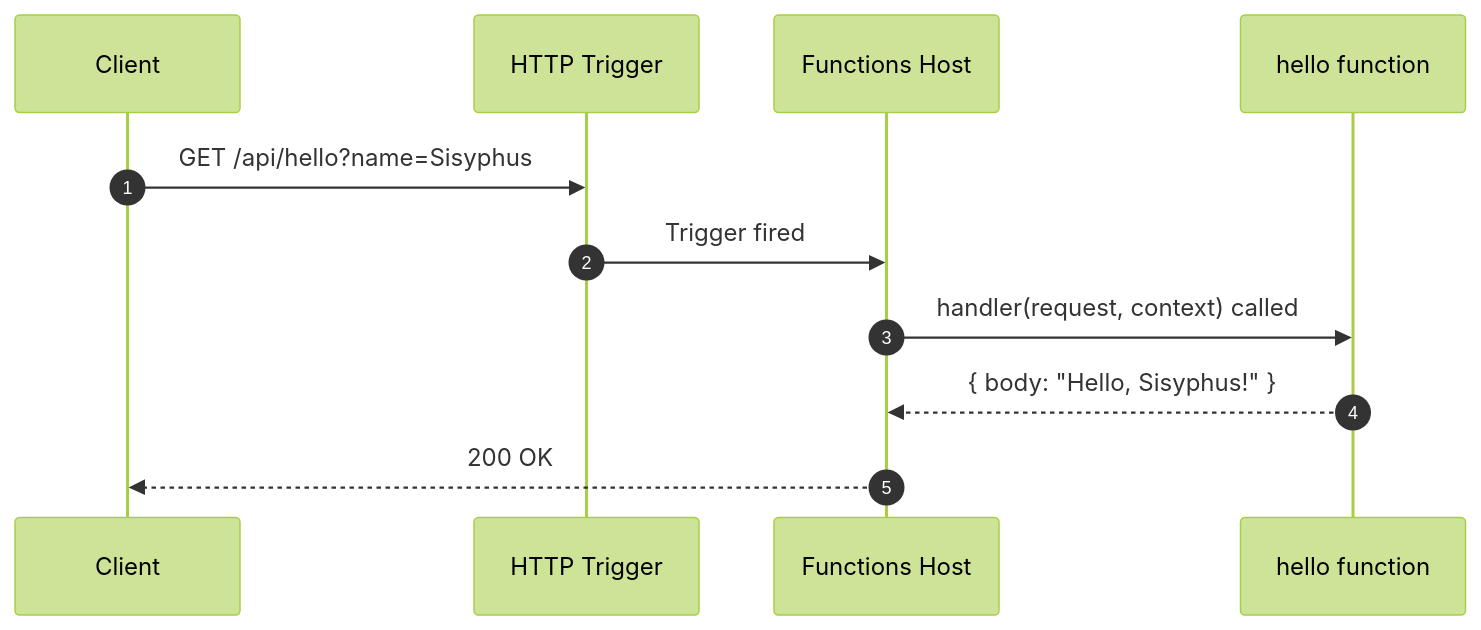
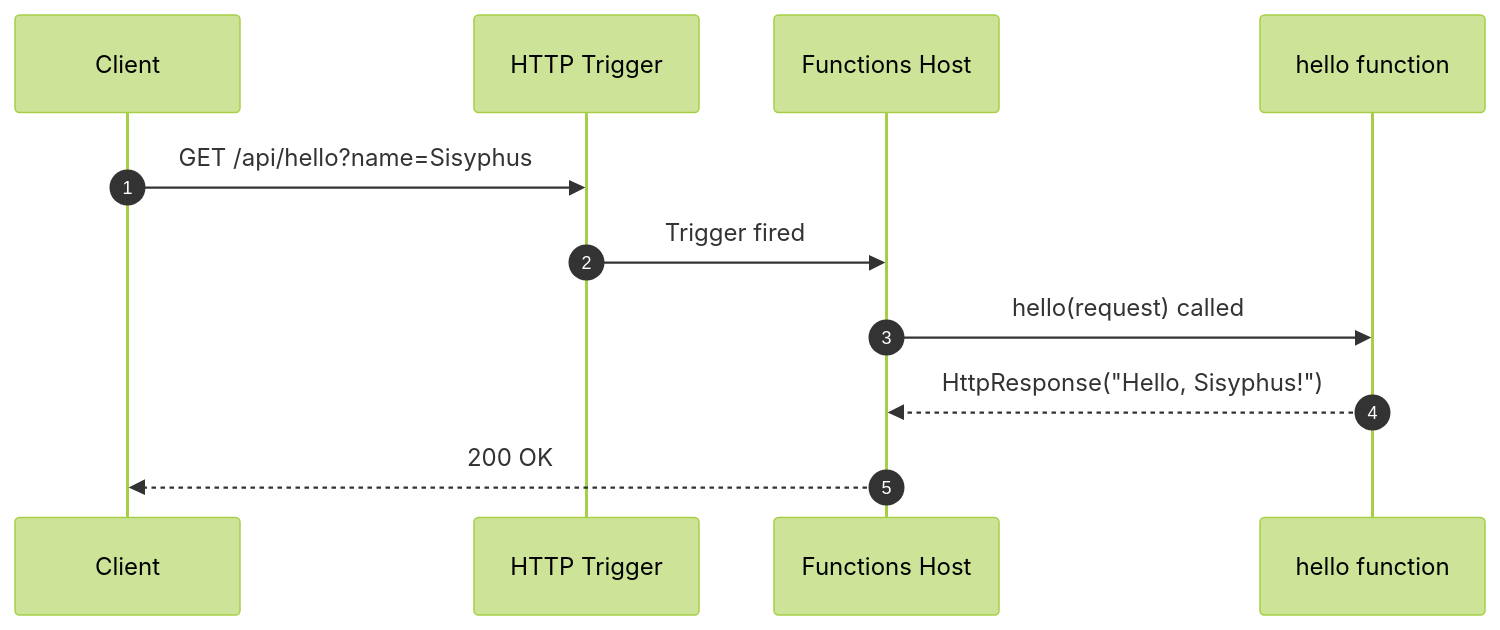
Before and after one commit to yeongseon-books/book-content: the first of 3 diagrams in azure-functions-101/en/01-what-is-azure-functions.md, drawn with Mermaid (forest theme). The commit also changed other lines of this file and 42 other files, not shown here.

First line of the commit message:
fix: 오라클 리뷰 반영 — Functions 101/Deep Dive 사실관계·톤·다이어그램 정리, App Service 101 ko/en 재구조화

````diff
--- a/azure-functions-101/en/01-what-is-azure-functions.md
+++ b/azure-functions-101/en/01-what-is-azure-functions.md
@@ -54,13 +54,13 @@
 ```mermaid
 sequenceDiagram
     autonumber
     participant Client as Client
     participant Trigger as HTTP Trigger
     participant Host as Functions Host
     participant Func as hello function
     Client->>Trigger: GET /api/hello?name=Sisyphus
     Trigger->>Host: Trigger fired
-    Host->>Func: handler(request, context) called
-    Func-->>Host: { body: "Hello, Sisyphus!" }
+    Host->>Func: hello(request) called
+    Func-->>Host: HttpResponse("Hello, Sisyphus!")
     Host-->>Client: 200 OK
 ```
````
